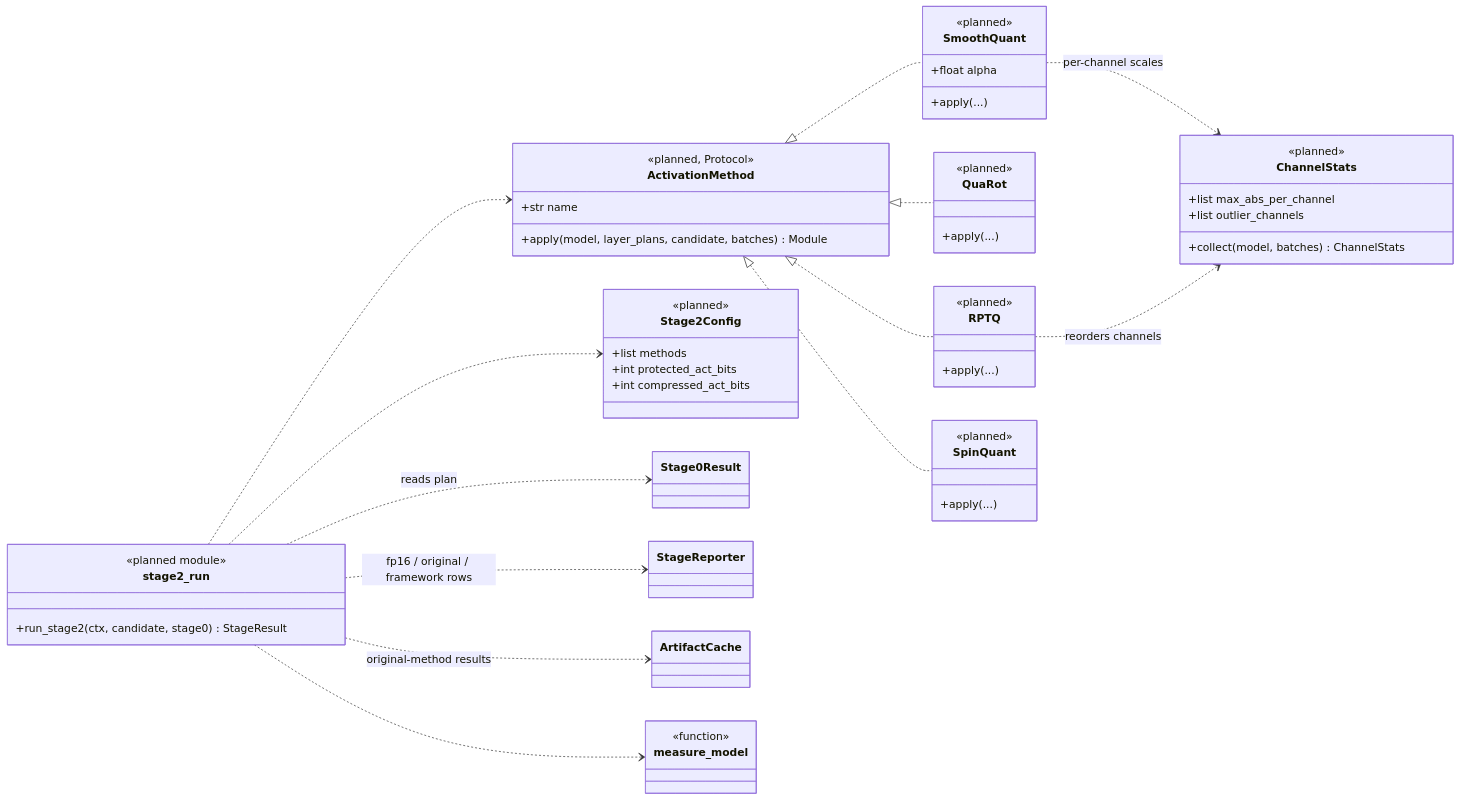
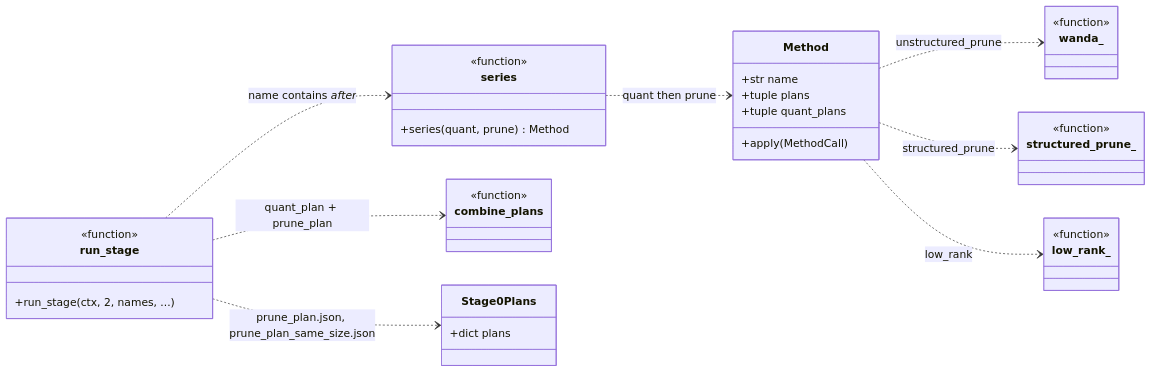
The first of 2 diagrams in docs/diagrams/stage2.md (hamuutpls/sensitivity-driven-framework), drawn with Mermaid before and after one commit. The commit also changed other lines of this file and 22 other files, not shown here.

````diff
--- a/docs/diagrams/stage2.md
+++ b/docs/diagrams/stage2.md
@@ -21,62 +20,42 @@
 ```mermaid
 classDiagram
     direction LR
 
-    class ActivationMethod {
-        <<planned, Protocol>>
+    class Method {
         +str name
-        +apply(model, layer_plans, candidate, batches) Module
+        +tuple plans
+        +tuple quant_plans
+        +apply(MethodCall)
     }
-    class SmoothQuant {
-        <<planned>>
-        +float alpha
-        +apply(...)
-    }
-    class QuaRot {
-        <<planned>>
-        +apply(...)
-    }
-    class RPTQ {
-        <<planned>>
-        +apply(...)
-    }
-    class SpinQuant {
-        <<planned>>
-        +apply(...)
-    }
-    class ChannelStats {
-        <<planned>>
-        +list max_abs_per_channel
-        +list outlier_channels
-        +collect(model, batches) ChannelStats
-    }
-    class Stage2Config {
-        <<planned>>
-        +list methods
-        +int protected_act_bits
-        +int compressed_act_bits
-    }
-    class stage2_run {
-        <<planned module>>
-        +run_stage2(ctx, candidate, stage0) StageResult
-    }
-    class Stage0Result
-    class StageReporter
-    class ArtifactCache
-    class measure_model {
+    class wanda_ {
         <<function>>
     }
+    class structured_prune_ {
+        <<function>>
+    }
+    class low_rank_ {
+        <<function>>
+    }
+    class series {
+        <<function>>
+        +series(quant, prune) Method
+    }
+    class combine_plans {
+        <<function>>
+    }
+    class run_stage {
+        <<function>>
+        +run_stage(ctx, 2, names, ...)
+    }
+    class Stage0Plans {
+        +dict plans
+    }
 
-    ActivationMethod <|.. SmoothQuant
-    ActivationMethod <|.. QuaRot
-    ActivationMethod <|.. RPTQ
-    ActivationMethod <|.. SpinQuant
-    SmoothQuant ..> ChannelStats : per-channel scales
-    RPTQ ..> ChannelStats : reorders channels
-    stage2_run ..> ActivationMethod
-    stage2_run ..> Stage0Result : reads plan
-    stage2_run ..> measure_model
-    stage2_run ..> ArtifactCache : original-method results
-    stage2_run ..> StageReporter : fp16 / original / framework rows
-    stage2_run ..> Stage2Config
+    Method ..> wanda_ : unstructured_prune
+    Method ..> structured_prune_ : structured_prune
+    Method ..> low_rank_ : low_rank
+    series ..> Method : quant then prune
+    run_stage ..> series : name contains _after_
+    run_stage ..> combine_plans : quant_plan + prune_plan
+    run_stage ..> Stage0Plans : prune_plan.json, prune_plan_same_size.json
 ```
````
